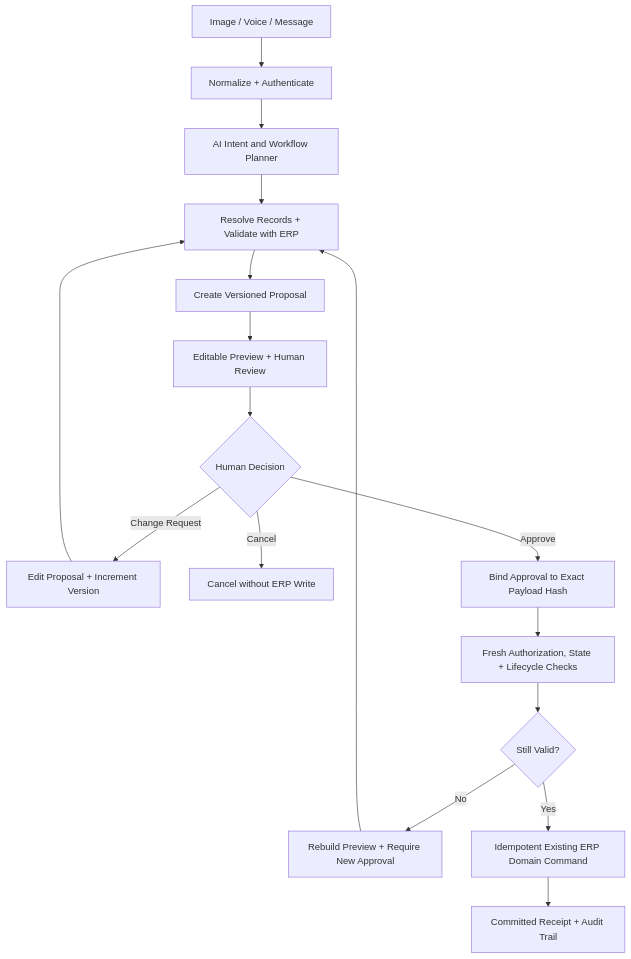
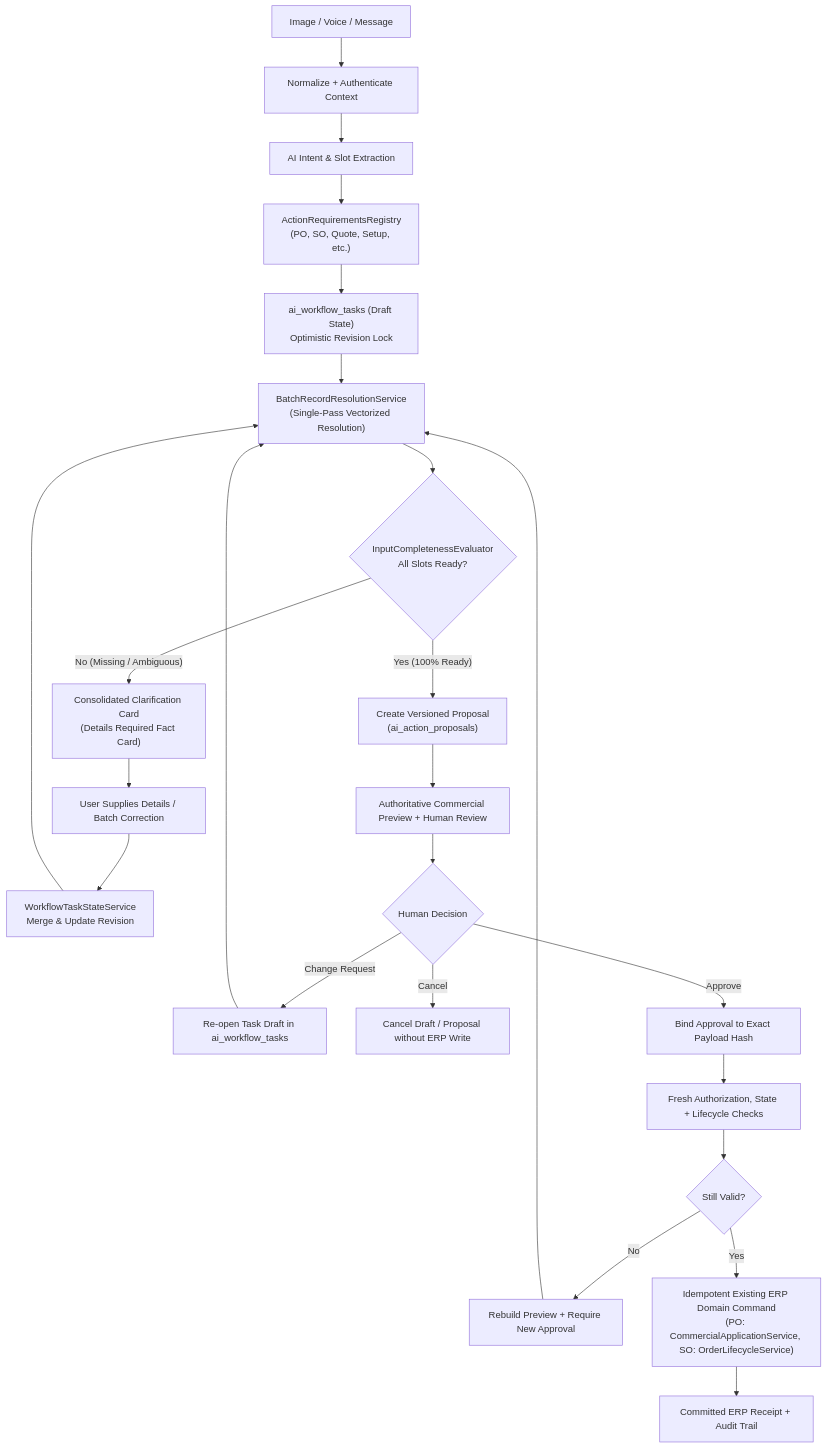
Before and after one commit to vigneshsinna/zolo-erp-pro: the second of 2 diagrams in docs/zoloerp-ai-agent-implementation/docs/ai/29_WORKFLOW_ORCHESTRATION.md, drawn with Mermaid. The commit also changed other lines of this file and 15 other files, not shown here.

Commit message:
fix(ai): resolve AI_INTERNAL_ERROR in chat copilot and harden clarification workflow

````diff
--- a/docs/zoloerp-ai-agent-implementation/docs/ai/29_WORKFLOW_ORCHESTRATION.md
+++ b/docs/zoloerp-ai-agent-implementation/docs/ai/29_WORKFLOW_ORCHESTRATION.md
@@ -36,24 +38,33 @@
 ```mermaid
 flowchart TD
-    INPUT["Image / Voice / Message"] --> NORM["Normalize + Authenticate"]
-    NORM --> PLANNER["AI Intent and Workflow Planner"]
-    PLANNER --> RESOLVE["Resolve Records + Validate with ERP"]
-    RESOLVE --> PROPOSAL["Create Versioned Proposal"]
-    PROPOSAL --> PREVIEW["Editable Preview + Human Review"]
+    INPUT["Image / Voice / Message"] --> NORM["Normalize + Authenticate Context"]
+    NORM --> PLANNER["AI Intent & Slot Extraction"]
+    PLANNER --> REQUIREMENTS["ActionRequirementsRegistry\n(PO, SO, Quote, Setup, etc.)"]
+    REQUIREMENTS --> TASK_DRAFT["ai_workflow_tasks (Draft State)\nOptimistic Revision Lock"]
+    TASK_DRAFT --> BATCH_RESOLVE["BatchRecordResolutionService\n(Single-Pass Vectorized Resolution)"]
+    BATCH_RESOLVE --> EVAL{"InputCompletenessEvaluator\nAll Slots Ready?"}
+    
+    EVAL -- "No (Missing / Ambiguous)" --> CLARIFY["Consolidated Clarification Card\n(Details Required Fact Card)"]
+    CLARIFY --> USER_PATCH["User Supplies Details / Batch Correction"]
+    USER_PATCH --> MERGE["WorkflowTaskStateService\nMerge & Update Revision"]
+    MERGE --> BATCH_RESOLVE
+    
+    EVAL -- "Yes (100% Ready)" --> PROPOSAL["Create Versioned Proposal\n(ai_action_proposals)"]
+    PROPOSAL --> PREVIEW["Authoritative Commercial Preview + Human Review"]
     PREVIEW --> DECISION{"Human Decision"}
 
-    DECISION -->|Change Request| EDIT_PROP["Edit Proposal + Increment Version"]
-    EDIT_PROP --> RESOLVE
+    DECISION -->|Change Request| EDIT_DRAFT["Re-open Task Draft in ai_workflow_tasks"]
+    EDIT_DRAFT --> BATCH_RESOLVE
 
-    DECISION -->|Cancel| CANCEL["Cancel without ERP Write"]
+    DECISION -->|Cancel| CANCEL["Cancel Draft / Proposal without ERP Write"]
 
     DECISION -->|Approve| BIND["Bind Approval to Exact Payload Hash"]
     BIND --> REVALIDATE["Fresh Authorization, State + Lifecycle Checks"]
     REVALIDATE --> STILL_VALID{"Still Valid?"}
 
     STILL_VALID -->|No| REBUILD["Rebuild Preview + Require New Approval"]
-    REBUILD --> RESOLVE
+    REBUILD --> BATCH_RESOLVE
 
-    STILL_VALID -->|Yes| EXECUTE["Idempotent Existing ERP Domain Command"]
-    EXECUTE --> RECEIPT["Committed Receipt + Audit Trail"]
+    STILL_VALID -->|Yes| EXECUTE["Idempotent Existing ERP Domain Command\n(PO: CommercialApplicationService, SO: OrderLifecycleService)"]
+    EXECUTE --> RECEIPT["Committed ERP Receipt + Audit Trail"]
 ```
````
